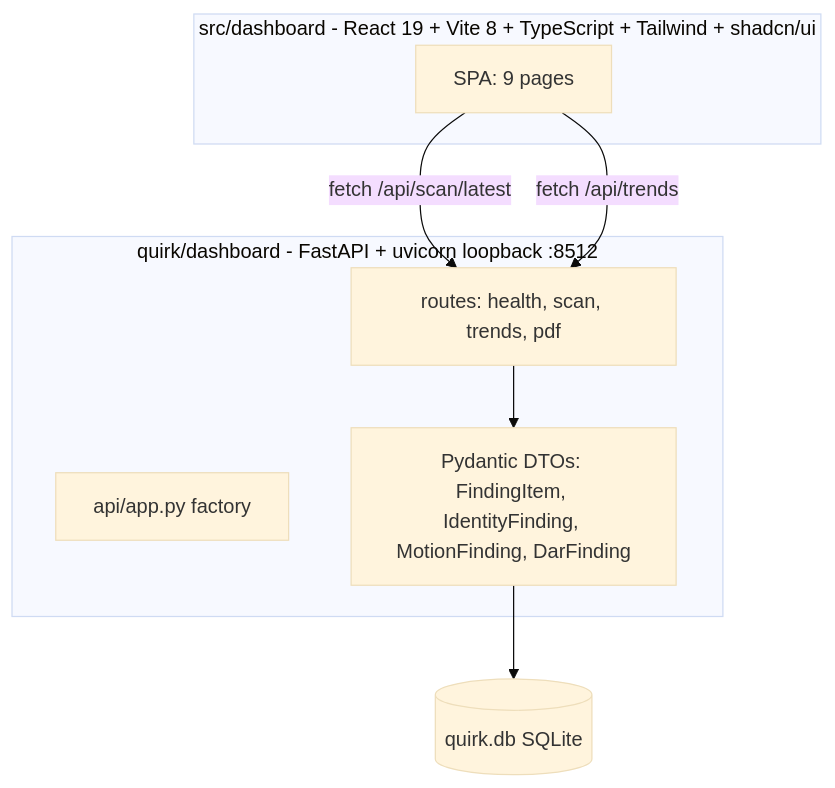
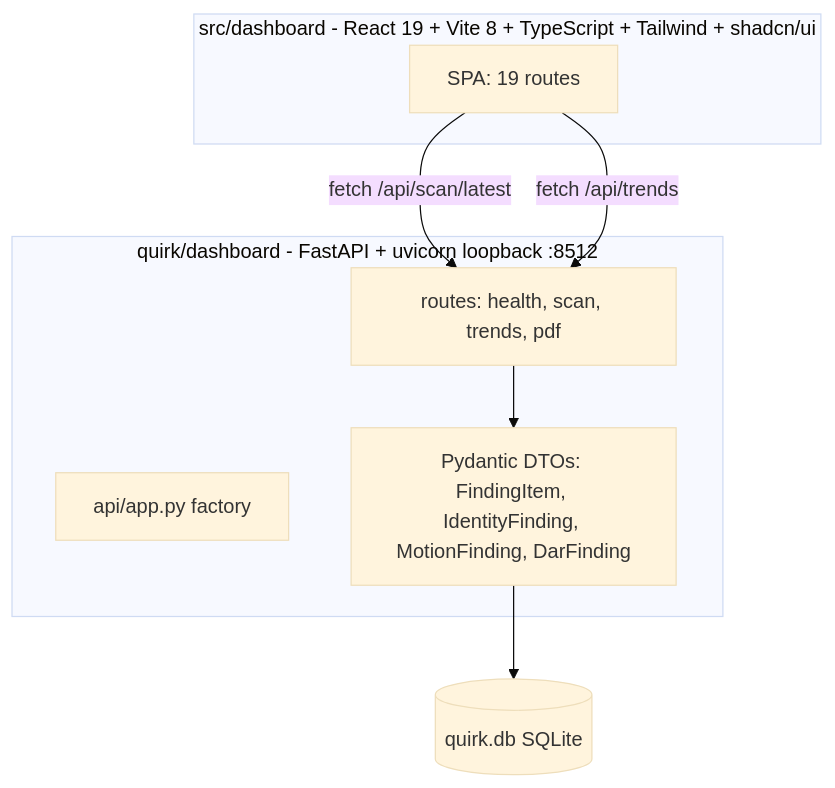
The third of 3 diagrams in docs/architecture.md (0xD1g5/QU.I.R.K), drawn with Mermaid (base theme) before and after one commit. The commit also changed other lines of this file, not shown here.

Commit message:
fix(135): WR-04 update dashboard route count from 9 to 19 and list all current routes

````diff
--- a/docs/architecture.md
+++ b/docs/architecture.md
@@ -139,16 +139,16 @@
 ```mermaid
 flowchart TB
   subgraph Frontend [src/dashboard - React 19 + Vite 8 + TypeScript + Tailwind + shadcn/ui]
-    SPA[SPA: 9 pages]
+    SPA[SPA: 19 routes]
   end
   subgraph Backend [quirk/dashboard - FastAPI + uvicorn loopback :8512]
     App[api/app.py factory]
     Routes[routes: health, scan, trends, pdf]
     DTO[Pydantic DTOs: FindingItem, IdentityFinding, MotionFinding, DarFinding]
   end
   DB[(quirk.db SQLite)]
   SPA -->|fetch /api/scan/latest| Routes
   SPA -->|fetch /api/trends| Routes
   Routes --> DTO
   DTO --> DB
 ```
````
